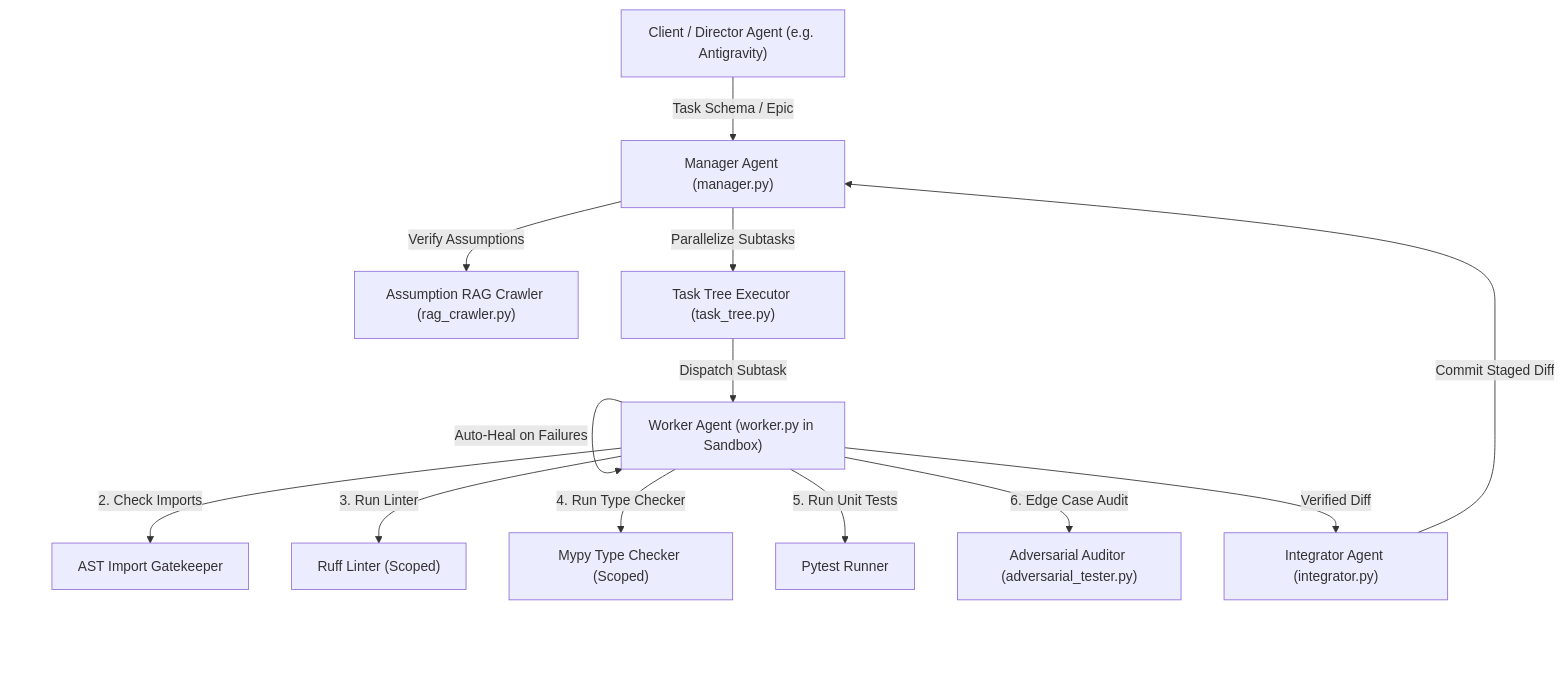
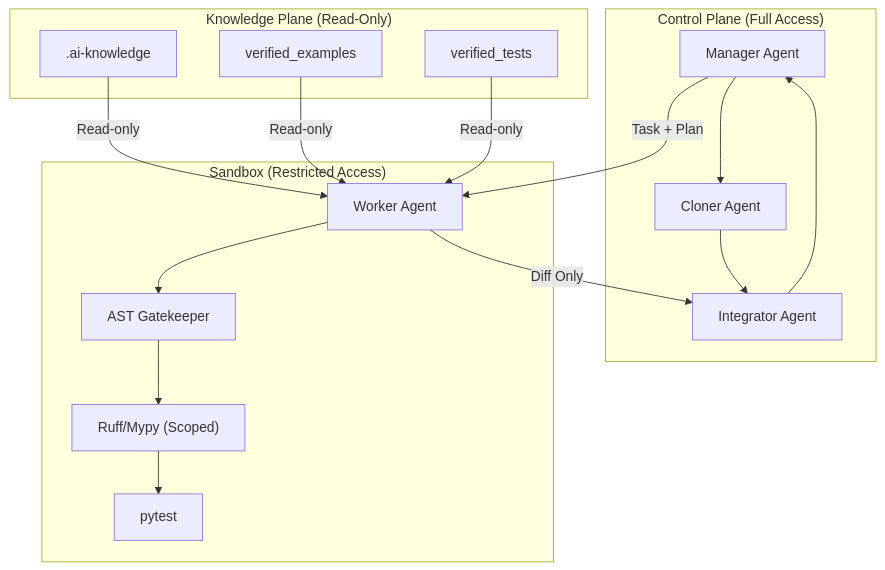
Before and after one commit to tsuyama1990/3tier-ai-dev: the second of 2 diagrams in README.md, drawn with Mermaid. The commit also changed other lines of this file and 19 other files, not shown here.

Commit message:
Update docs, fix ruff/mypy/pytest, add .gitignore for decisions/

````diff
--- a/README.md
+++ b/README.md
@@ -127,28 +292,33 @@
 ```mermaid
-graph TD
-    Director["Client / Director Agent (e.g. Antigravity)"]
-    Manager["Manager Agent (manager.py)"]
-    RAG["Assumption RAG Crawler (rag_crawler.py)"]
-    Tree["Task Tree Executor (task_tree.py)"]
-    Worker["Worker Agent (worker.py in Sandbox)"]
-    Gatekeeper["AST Import Gatekeeper"]
-    Pytest["Pytest Runner"]
-    Ruff["Ruff Linter (Scoped)"]
-    Mypy["Mypy Type Checker (Scoped)"]
-    Adversarial["Adversarial Auditor (adversarial_tester.py)"]
-    Integrator["Integrator Agent (integrator.py)"]
+flowchart TD
+    subgraph "Control Plane (Full Access)"
+        Manager["Manager Agent"]
+        Cloner["Cloner Agent"]
+        Integrator["Integrator Agent"]
+        Manager --> Cloner
+        Cloner --> Integrator
+        Integrator --> Manager
+    end
 
-    Director -->|Task Schema / Epic| Manager
-    Manager -->|Verify Assumptions| RAG
-    Manager -->|Parallelize Subtasks| Tree
-    Tree -->|Dispatch Subtask| Worker
-    Worker -->|1. Run Aider| Worker
-    Worker -->|2. Check Imports| Gatekeeper
-    Worker -->|3. Run Linter| Ruff
-    Worker -->|4. Run Type Checker| Mypy
-    Worker -->|5. Run Unit Tests| Pytest
-    Worker -->|Auto-Heal on Failures| Worker
-    Worker -->|6. Edge Case Audit| Adversarial
-    Worker -->|Verified Diff| Integrator
-    Integrator -->|Commit Staged Diff| Manager
+    subgraph "Sandbox (Restricted Access)"
+        Worker["Worker Agent"]
+        Gatekeeper["AST Gatekeeper"]
+        Linters["Ruff/Mypy (Scoped)"]
+        Pytest["pytest"]
+        Worker --> Gatekeeper
+        Gatekeeper --> Linters
+        Linters --> Pytest
+    end
+
+    subgraph "Knowledge Plane (Read-Only)"
+        Knowledge[".ai-knowledge"]
+        Examples["verified_examples"]
+        Tests["verified_tests"]
+    end
+
+    Manager -->|Task + Plan| Worker
+    Worker -->|Diff Only| Integrator
+    Knowledge -->|Read-only| Worker
+    Examples -->|Read-only| Worker
+    Tests -->|Read-only| Worker
 ```
````
